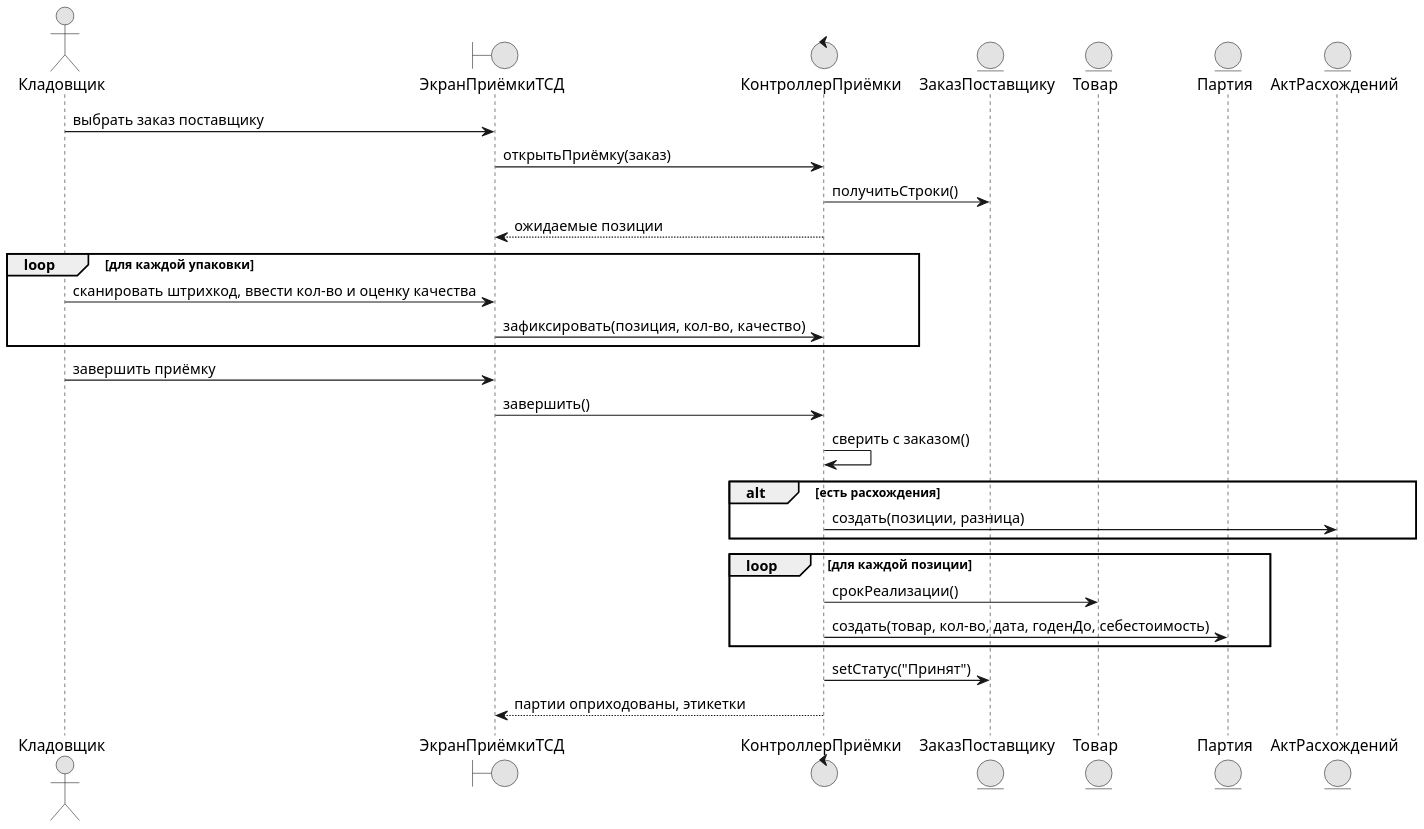
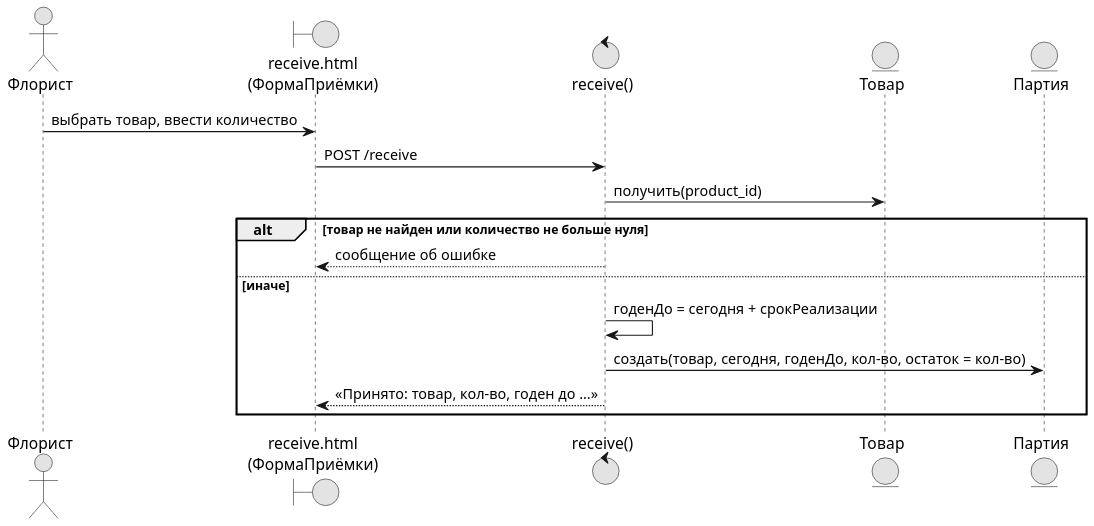
One commit to DarkSwordman999/flower-demand-planning changed the diagram in diagrams/uml_seq_0.puml. Above: the diagram before and after it, drawn with PlantUML. The commit also changed 40 other files, not shown here.

Commit message:
ПР 5-6, 7-8, 9-10 под базовую редакцию: IDEF0/IDEF3 из пяти работ салона, UML по модулям app.py и logic.py, план из 12 этапов по датам ПР 3

```diff
--- a/diagrams/uml_seq_0.puml
+++ b/diagrams/uml_seq_0.puml
@@ -1,34 +1,22 @@
 @startuml
 !pragma layout smetana
 skinparam dpi 150
 skinparam defaultFontName Arial
 skinparam shadowing false
 skinparam monochrome true
-actor "Кладовщик" as KL
-boundary "ЭкранПриёмкиТСД" as UI
-control "КонтроллерПриёмки" as C
-entity "ЗаказПоставщику" as Z
+actor "Флорист" as FL
+boundary "receive.html\n(ФормаПриёмки)" as UI
+control "receive()" as C
 entity "Товар" as T
 entity "Партия" as P
-entity "АктРасхождений" as A
-KL -> UI : выбрать заказ поставщику
-UI -> C : открытьПриёмку(заказ)
-C -> Z : получитьСтроки()
-C --> UI : ожидаемые позиции
-loop для каждой упаковки
-  KL -> UI : сканировать штрихкод, ввести кол-во и оценку качества
-  UI -> C : зафиксировать(позиция, кол-во, качество)
+FL -> UI : выбрать товар, ввести количество
+UI -> C : POST /receive
+C -> T : получить(product_id)
+alt товар не найден или количество не больше нуля
+  C --> UI : сообщение об ошибке
+else иначе
+  C -> C : годенДо = сегодня + срокРеализации
+  C -> P : создать(товар, сегодня, годенДо, кол-во, остаток = кол-во)
+  C --> UI : «Принято: товар, кол-во, годен до …»
 end
-KL -> UI : завершить приёмку
-UI -> C : завершить()
-C -> C : сверить с заказом()
-alt есть расхождения
-  C -> A : создать(позиции, разница)
-end
-loop для каждой позиции
-  C -> T : срокРеализации()
-  C -> P : создать(товар, кол-во, дата, годенДо, себестоимость)
-end
-C -> Z : setСтатус("Принят")
-C --> UI : партии оприходованы, этикетки
 @enduml
```
